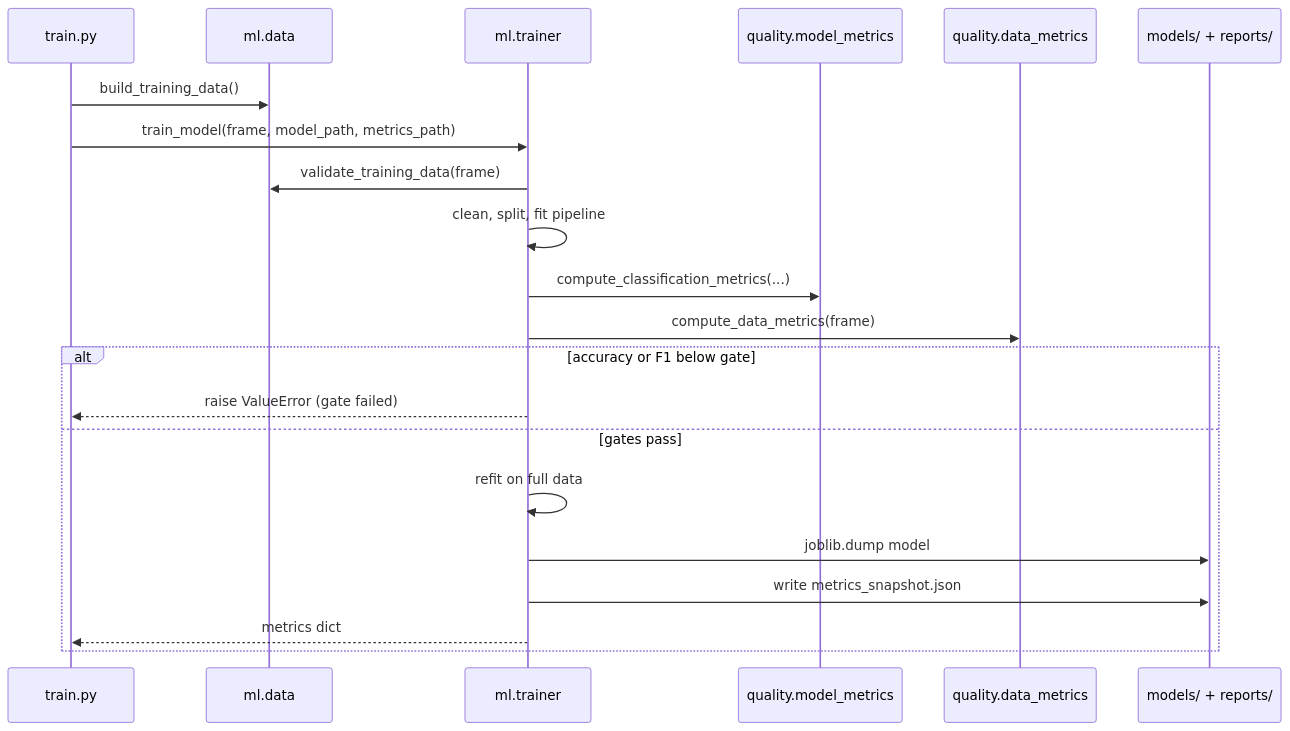
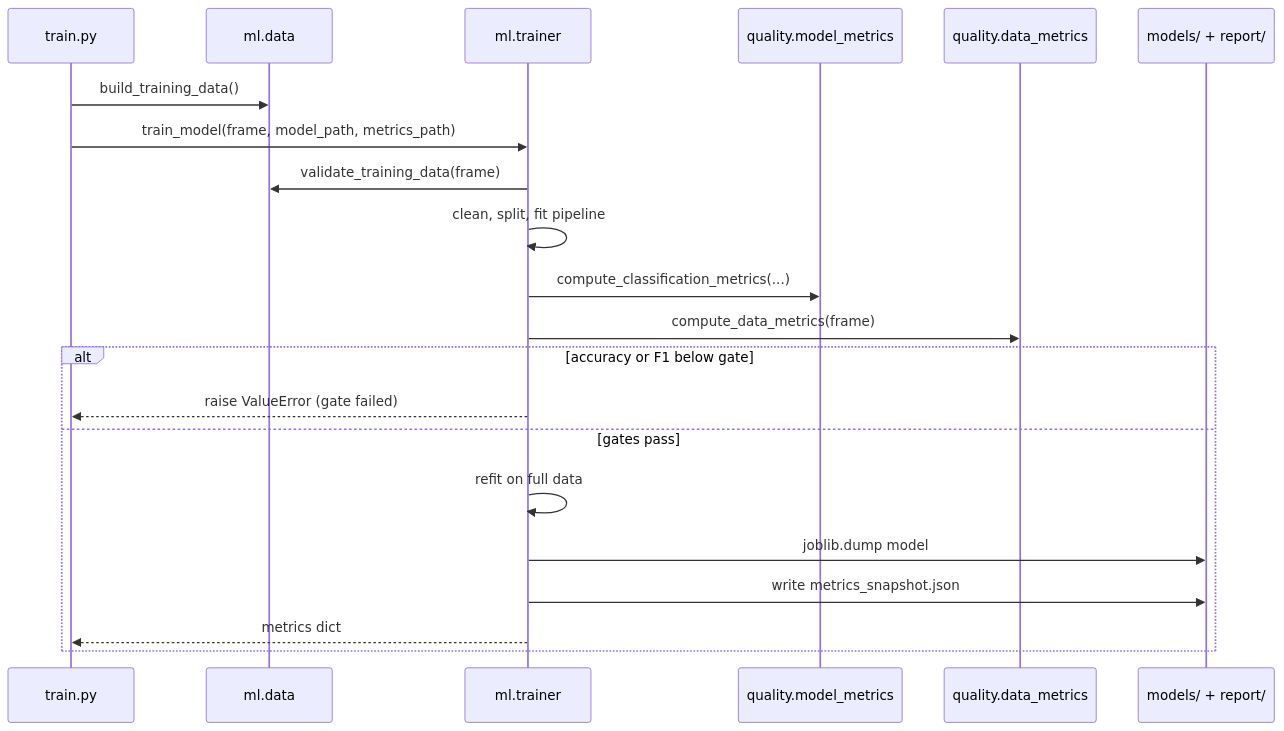
One commit to pratapwagle/SEML_Assignment2_ResumeGrader changed the sixth of 8 diagrams in architecture.md. Above: the diagram before and after it, drawn with Mermaid. The commit also changed other lines of this file and 14 other files, not shown here.

First line of the commit message:
Consolidate report/ and reports/ into a single report folder.

````diff
--- a/architecture.md
+++ b/architecture.md
@@ -475,24 +477,24 @@
 ```mermaid
 sequenceDiagram
   participant CLI as train.py
   participant Data as ml.data
   participant Train as ml.trainer
   participant QM as quality.model_metrics
   participant DQ as quality.data_metrics
-  participant FS as models/ + reports/
+  participant FS as models/ + report/
 
   CLI->>Data: build_training_data()
   CLI->>Train: train_model(frame, model_path, metrics_path)
   Train->>Data: validate_training_data(frame)
   Train->>Train: clean, split, fit pipeline
   Train->>QM: compute_classification_metrics(...)
   Train->>DQ: compute_data_metrics(frame)
   alt accuracy or F1 below gate
     Train-->>CLI: raise ValueError (gate failed)
   else gates pass
     Train->>Train: refit on full data
     Train->>FS: joblib.dump model
     Train->>FS: write metrics_snapshot.json
     Train-->>CLI: metrics dict
   end
 ```
````
